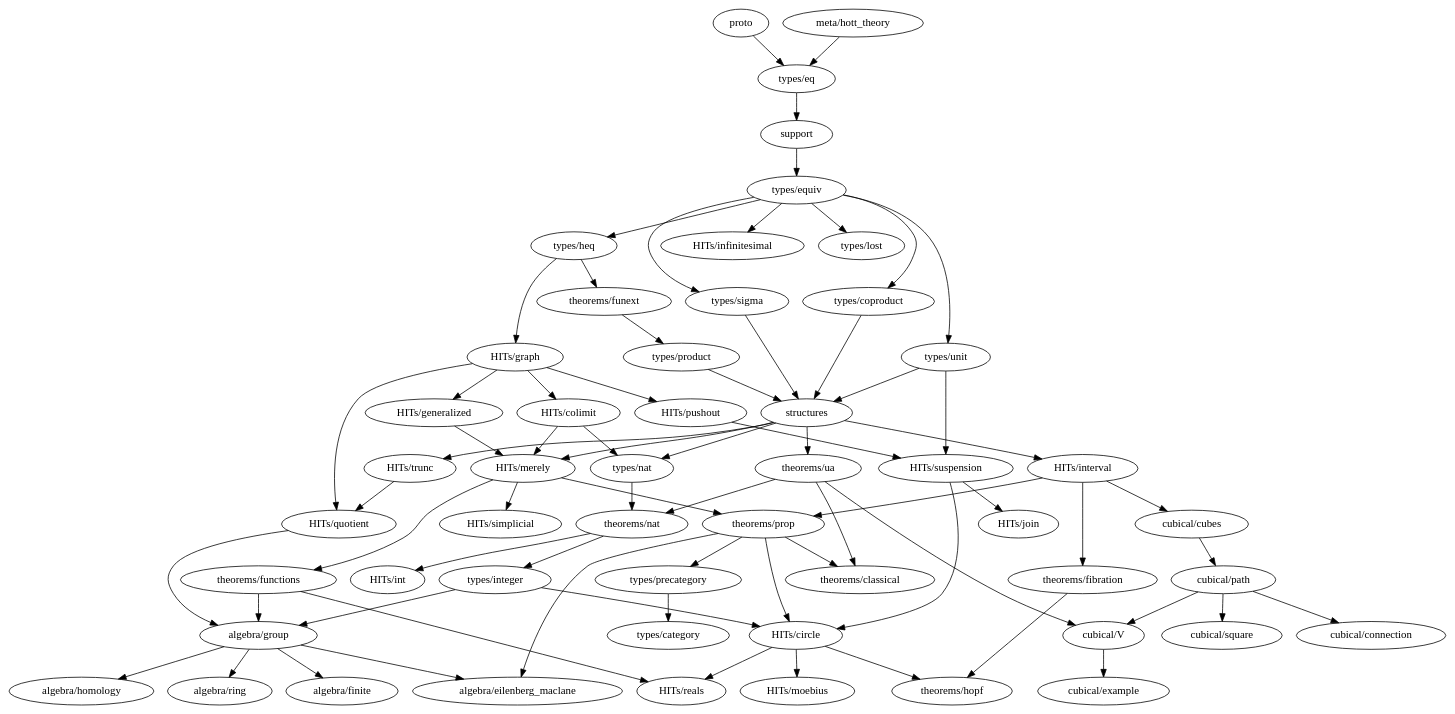
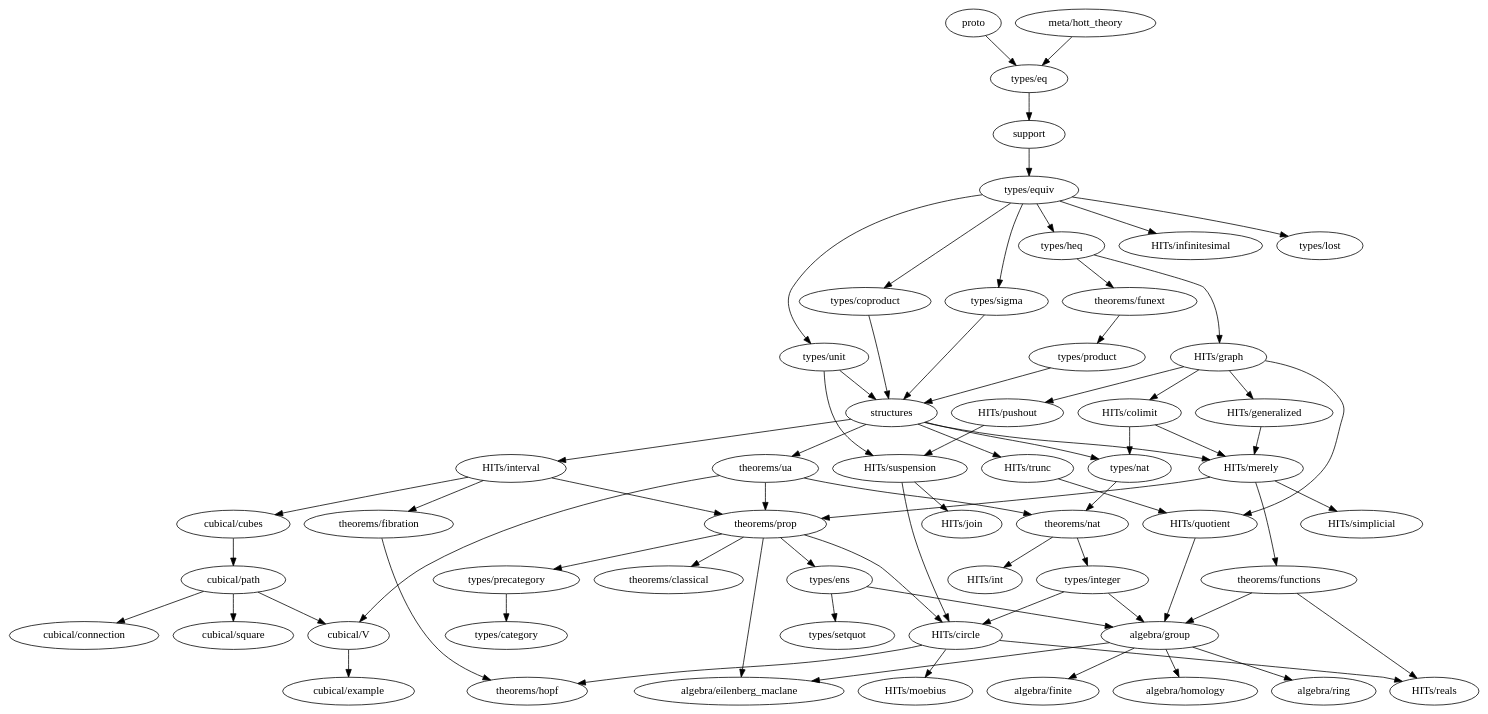
Before and after one commit to forked-from-1kasper/ground_zero: the diagram in dependency-map.gv, drawn with Graphviz. The commit also changed 7 other files, not shown here.

Commit message:
ens.lean & setquot.lean

```diff
--- a/dependency-map.gv
+++ b/dependency-map.gv
@@ -1,114 +1,121 @@
 digraph dependency_map {
   proto -> "types/eq"
   "meta/hott_theory" -> "types/eq"
   support -> "types/equiv"
   structures -> {
     "HITs/interval",
     "HITs/merely",
     "HITs/trunc",
     "types/nat",
     "theorems/ua"
   }
 
   subgraph algebra {
     "algebra/eilenberg_maclane"
     "algebra/finite"
     "algebra/group" -> {
       "algebra/eilenberg_maclane",
       "algebra/finite",
       "algebra/homology",
       "algebra/ring"
     }
     "algebra/homology"
     "algebra/ring"
   }
 
   subgraph types {
     "types/category"
     "types/coproduct" -> { structures }
     "types/eq" -> { support }
+    "types/ens" -> { "algebra/group", "types/setquot" }
     "types/equiv" -> {
       "types/heq",
       "HITs/infinitesimal",
       "types/coproduct",
       "types/lost",
       "types/unit",
       "types/sigma"
     }
     "types/heq" -> {
       "HITs/graph", "theorems/funext"
     }
     "types/integer" -> {
       "algebra/group",
       "HITs/circle"
     }
     "types/lost"
     "types/nat" -> { "theorems/nat" }
     "types/precategory" -> { "types/category" }
     "types/product" -> { structures }
+    "types/setquot"
     "types/sigma" -> { structures }
     "types/unit" -> { structures, "HITs/suspension" }
   }
 
   subgraph HITs {
     "HITs/circle" -> { "theorems/hopf", "HITs/moebius", "HITs/reals" }
     "HITs/colimit" -> { "HITs/merely", "types/nat" }
     "HITs/generalized" -> "HITs/merely"
     "HITs/graph" -> {
       "HITs/colimit",
       "HITs/generalized",
       "HITs/pushout",
       "HITs/quotient"
     }
     "HITs/infinitesimal"
     "HITs/interval" -> {
       "cubical/cubes",
       "theorems/prop",
       "theorems/fibration"
     }
     "HITs/join"
     "HITs/merely" -> {
       "theorems/prop",
       "HITs/simplicial",
       "theorems/functions"
     }
     "HITs/moebius"
     "HITs/pushout" -> {
       "HITs/suspension"
     }
     "HITs/quotient" -> { "algebra/group" }
     "HITs/reals"
     "HITs/simplicial"
     "HITs/suspension" -> { "HITs/circle", "HITs/join" }
     "HITs/trunc" -> { "HITs/quotient" }
   }
 
   subgraph cubical {
     "cubical/connection"
     "cubical/cubes" -> "cubical/path"
     "cubical/example"
     "cubical/path" -> {
       "cubical/square",
       "cubical/V",
       "cubical/connection"
     }
     "cubical/square"
     "cubical/V" -> { "cubical/example" }
   }
 
   subgraph theorems {
     "theorems/classical"
     "theorems/fibration" -> { "theorems/hopf" }
     "theorems/functions" -> { "HITs/reals", "algebra/group" }
     "theorems/funext" -> { "types/product" }
     "theorems/hopf"
     "theorems/nat" -> { "HITs/int", "types/integer" }
     "theorems/prop" -> {
       "algebra/eilenberg_maclane",
       "HITs/circle",
+      "types/ens",
       "types/precategory",
       "theorems/classical"
     }
-    "theorems/ua" -> { "theorems/classical", "theorems/nat", "cubical/V" }
+    "theorems/ua" -> {
+      "theorems/nat",
+      "theorems/prop",
+      "cubical/V"
+    }
   }
 }
```
